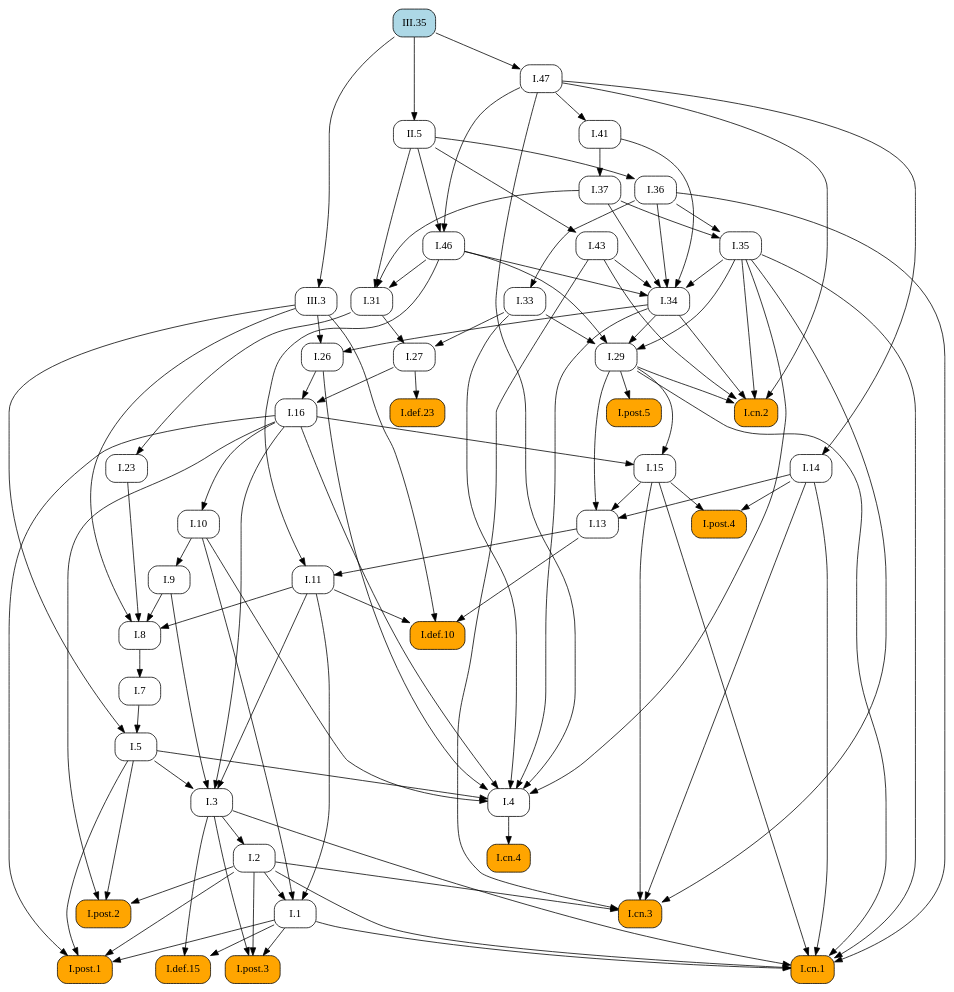
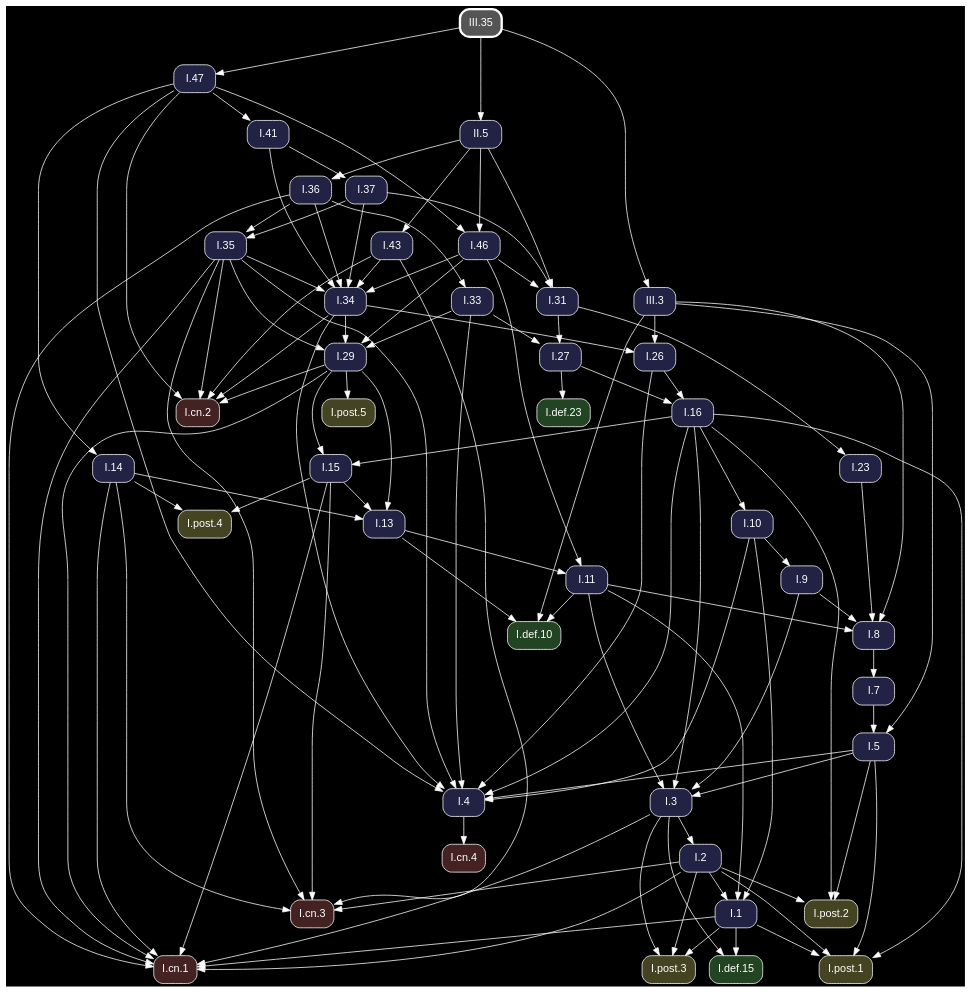
Before and after one commit to geometor/elements: the diagram in docsrc/heath/III/35/index.rst, drawn with Graphviz. The commit also changed other lines of this file and 1200 other files, not shown here.

Commit message:
update dependency graphs

```diff
--- a/docsrc/heath/III/35/index.rst
+++ b/docsrc/heath/III/35/index.rst
@@ -59,87 +59,60 @@
 .. graphviz::
 
    digraph {
+     bgcolor="black";
+     node [shape=box, style="rounded,filled", fontname="Helvetica", color="white", fontcolor="white"];
+     edge [color="white", fontcolor="white"];
      rankdir="TB";
-     node [shape=box, style=rounded];
-     "I.23" [URL="/heath/I/23/", target="_top"];
-     "I.9" [URL="/heath/I/9/", target="_top"];
-     "I.33" [URL="/heath/I/33/", target="_top"];
-     "I.def.15" [style="rounded,filled", fillcolor=orange, URL="/heath/I/def.15/", target="_top"];
-     "I.47" [URL="/heath/I/47/", target="_top"];
-     "I.post.3" [style="rounded,filled", fillcolor=orange, URL="/heath/I/post.3/", target="_top"];
-     "I.post.1" [style="rounded,filled", fillcolor=orange, URL="/heath/I/post.1/", target="_top"];
-     "I.43" [URL="/heath/I/43/", target="_top"];
-     "II.5" [URL="/heath/II/5/", target="_top"];
-     "I.31" [URL="/heath/I/31/", target="_top"];
-     "I.def.10" [style="rounded,filled", fillcolor=orange, URL="/heath/I/def.10/", target="_top"];
-     "I.27" [URL="/heath/I/27/", target="_top"];
-     "I.14" [URL="/heath/I/14/", target="_top"];
-     "I.34" [URL="/heath/I/34/", target="_top"];
-     "I.3" [URL="/heath/I/3/", target="_top"];
-     "I.35" [URL="/heath/I/35/", target="_top"];
-     "I.cn.1" [style="rounded,filled", fillcolor=orange, URL="/heath/I/cn.1/", target="_top"];
-     "III.35" [style="rounded,filled", fillcolor=lightblue, URL="/heath/III/35/", target="_top"];
-     "I.7" [URL="/heath/I/7/", target="_top"];
-     "I.2" [URL="/heath/I/2/", target="_top"];
-     "I.36" [URL="/heath/I/36/", target="_top"];
-     "I.13" [URL="/heath/I/13/", target="_top"];
-     "I.post.4" [style="rounded,filled", fillcolor=orange, URL="/heath/I/post.4/", target="_top"];
-     "I.4" [URL="/heath/I/4/", target="_top"];
-     "I.1" [URL="/heath/I/1/", target="_top"];
-     "I.5" [URL="/heath/I/5/", target="_top"];
-     "I.8" [URL="/heath/I/8/", target="_top"];
-     "I.37" [URL="/heath/I/37/", target="_top"];
-     "III.3" [URL="/heath/III/3/", target="_top"];
-     "I.cn.3" [style="rounded,filled", fillcolor=orange, URL="/heath/I/cn.3/", target="_top"];
-     "I.29" [URL="/heath/I/29/", target="_top"];
-     "I.16" [URL="/heath/I/16/", target="_top"];
-     "I.15" [URL="/heath/I/15/", target="_top"];
-     "I.10" [URL="/heath/I/10/", target="_top"];
-     "I.11" [URL="/heath/I/11/", target="_top"];
-     "I.def.23" [style="rounded,filled", fillcolor=orange, URL="/heath/I/def.23/", target="_top"];
-     "I.cn.2" [style="rounded,filled", fillcolor=orange, URL="/heath/I/cn.2/", target="_top"];
-     "I.post.5" [style="rounded,filled", fillcolor=orange, URL="/heath/I/post.5/", target="_top"];
-     "I.cn.4" [style="rounded,filled", fillcolor=orange, URL="/heath/I/cn.4/", target="_top"];
-     "I.41" [URL="/heath/I/41/", target="_top"];
-     "I.post.2" [style="rounded,filled", fillcolor=orange, URL="/heath/I/post.2/", target="_top"];
-     "I.46" [URL="/heath/I/46/", target="_top"];
-     "I.26" [URL="/heath/I/26/", target="_top"];
-     "I.31" -> "I.23";
-     "I.10" -> "I.9";
-     "I.36" -> "I.33";
-     "I.1" -> "I.def.15";
-     "I.3" -> "I.def.15";
-     "III.35" -> "I.47";
-     "I.1" -> "I.post.3";
-     "I.2" -> "I.post.3";
-     "I.3" -> "I.post.3";
-     "I.1" -> "I.post.1";
-     "I.2" -> "I.post.1";
-     "I.5" -> "I.post.1";
-     "I.16" -> "I.post.1";
-     "II.5" -> "I.43";
-     "III.35" -> "II.5";
+     "I.31" [fillcolor="#222244", URL="/heath/I/31/", target="_top"];
+     "I.3" [fillcolor="#222244", URL="/heath/I/3/", target="_top"];
+     "I.cn.1" [fillcolor="#442222", URL="/heath/I/cn.1/", target="_top"];
+     "I.def.10" [fillcolor="#224422", URL="/heath/I/def.10/", target="_top"];
+     "I.15" [fillcolor="#222244", URL="/heath/I/15/", target="_top"];
+     "I.13" [fillcolor="#222244", URL="/heath/I/13/", target="_top"];
+     "I.27" [fillcolor="#222244", URL="/heath/I/27/", target="_top"];
+     "I.2" [fillcolor="#222244", URL="/heath/I/2/", target="_top"];
+     "I.41" [fillcolor="#222244", URL="/heath/I/41/", target="_top"];
+     "I.cn.2" [fillcolor="#442222", URL="/heath/I/cn.2/", target="_top"];
+     "I.9" [fillcolor="#222244", URL="/heath/I/9/", target="_top"];
+     "I.43" [fillcolor="#222244", URL="/heath/I/43/", target="_top"];
+     "I.1" [fillcolor="#222244", URL="/heath/I/1/", target="_top"];
+     "I.post.5" [fillcolor="#444422", URL="/heath/I/post.5/", target="_top"];
+     "I.post.4" [fillcolor="#444422", URL="/heath/I/post.4/", target="_top"];
+     "I.23" [fillcolor="#222244", URL="/heath/I/23/", target="_top"];
+     "I.26" [fillcolor="#222244", URL="/heath/I/26/", target="_top"];
+     "I.8" [fillcolor="#222244", URL="/heath/I/8/", target="_top"];
+     "I.4" [fillcolor="#222244", URL="/heath/I/4/", target="_top"];
+     "I.7" [fillcolor="#222244", URL="/heath/I/7/", target="_top"];
+     "I.5" [fillcolor="#222244", URL="/heath/I/5/", target="_top"];
+     "I.10" [fillcolor="#222244", URL="/heath/I/10/", target="_top"];
+     "III.35" [penwidth=3, color="white", fillcolor="#555555", URL="/heath/III/35/", target="_top"];
+     "I.46" [fillcolor="#222244", URL="/heath/I/46/", target="_top"];
+     "I.post.1" [fillcolor="#444422", URL="/heath/I/post.1/", target="_top"];
+     "I.11" [fillcolor="#222244", URL="/heath/I/11/", target="_top"];
+     "I.37" [fillcolor="#222244", URL="/heath/I/37/", target="_top"];
+     "I.16" [fillcolor="#222244", URL="/heath/I/16/", target="_top"];
+     "I.cn.3" [fillcolor="#442222", URL="/heath/I/cn.3/", target="_top"];
+     "I.36" [fillcolor="#222244", URL="/heath/I/36/", target="_top"];
+     "I.29" [fillcolor="#222244", URL="/heath/I/29/", target="_top"];
+     "I.post.2" [fillcolor="#444422", URL="/heath/I/post.2/", target="_top"];
+     "I.cn.4" [fillcolor="#442222", URL="/heath/I/cn.4/", target="_top"];
+     "I.47" [fillcolor="#222244", URL="/heath/I/47/", target="_top"];
+     "I.14" [fillcolor="#222244", URL="/heath/I/14/", target="_top"];
+     "I.35" [fillcolor="#222244", URL="/heath/I/35/", target="_top"];
+     "I.def.23" [fillcolor="#224422", URL="/heath/I/def.23/", target="_top"];
+     "III.3" [fillcolor="#222244", URL="/heath/III/3/", target="_top"];
+     "I.post.3" [fillcolor="#444422", URL="/heath/I/post.3/", target="_top"];
+     "I.33" [fillcolor="#222244", URL="/heath/I/33/", target="_top"];
+     "I.34" [fillcolor="#222244", URL="/heath/I/34/", target="_top"];
+     "II.5" [fillcolor="#222244", URL="/heath/II/5/", target="_top"];
+     "I.def.15" [fillcolor="#224422", URL="/heath/I/def.15/", target="_top"];
      "I.37" -> "I.31";
      "I.46" -> "I.31";
      "II.5" -> "I.31";
-     "I.11" -> "I.def.10";
-     "I.13" -> "I.def.10";
-     "III.3" -> "I.def.10";
-     "I.31" -> "I.27";
-     "I.33" -> "I.27";
-     "I.47" -> "I.14";
-     "I.35" -> "I.34";
-     "I.36" -> "I.34";
-     "I.37" -> "I.34";
-     "I.41" -> "I.34";
-     "I.43" -> "I.34";
-     "I.46" -> "I.34";
      "I.5" -> "I.3";
      "I.9" -> "I.3";
      "I.11" -> "I.3";
      "I.16" -> "I.3";
-     "I.36" -> "I.35";
-     "I.37" -> "I.35";
      "I.1" -> "I.cn.1";
      "I.2" -> "I.cn.1";
      "I.3" -> "I.cn.1";
@@ -148,14 +121,38 @@
      "I.29" -> "I.cn.1";
      "I.35" -> "I.cn.1";
      "I.36" -> "I.cn.1";
-     "I.8" -> "I.7";
-     "I.3" -> "I.2";
-     "II.5" -> "I.36";
+     "I.11" -> "I.def.10";
+     "I.13" -> "I.def.10";
+     "III.3" -> "I.def.10";
+     "I.16" -> "I.15";
+     "I.29" -> "I.15";
      "I.14" -> "I.13";
      "I.15" -> "I.13";
      "I.29" -> "I.13";
+     "I.31" -> "I.27";
+     "I.33" -> "I.27";
+     "I.3" -> "I.2";
+     "I.47" -> "I.41";
+     "I.29" -> "I.cn.2";
+     "I.34" -> "I.cn.2";
+     "I.35" -> "I.cn.2";
+     "I.43" -> "I.cn.2";
+     "I.47" -> "I.cn.2";
+     "I.10" -> "I.9";
+     "II.5" -> "I.43";
+     "I.2" -> "I.1";
+     "I.10" -> "I.1";
+     "I.11" -> "I.1";
+     "I.29" -> "I.post.5";
      "I.14" -> "I.post.4";
      "I.15" -> "I.post.4";
+     "I.31" -> "I.23";
+     "I.34" -> "I.26";
+     "III.3" -> "I.26";
+     "I.9" -> "I.8";
+     "I.11" -> "I.8";
+     "I.23" -> "I.8";
+     "III.3" -> "I.8";
      "I.5" -> "I.4";
      "I.10" -> "I.4";
      "I.16" -> "I.4";
@@ -164,47 +161,52 @@
      "I.34" -> "I.4";
      "I.35" -> "I.4";
      "I.47" -> "I.4";
-     "I.2" -> "I.1";
-     "I.10" -> "I.1";
-     "I.11" -> "I.1";
+     "I.8" -> "I.7";
      "I.7" -> "I.5";
      "III.3" -> "I.5";
-     "I.9" -> "I.8";
-     "I.11" -> "I.8";
-     "I.23" -> "I.8";
-     "III.3" -> "I.8";
+     "I.16" -> "I.10";
+     "I.47" -> "I.46";
+     "II.5" -> "I.46";
+     "I.1" -> "I.post.1";
+     "I.2" -> "I.post.1";
+     "I.5" -> "I.post.1";
+     "I.16" -> "I.post.1";
+     "I.13" -> "I.11";
+     "I.46" -> "I.11";
      "I.41" -> "I.37";
-     "III.35" -> "III.3";
+     "I.26" -> "I.16";
+     "I.27" -> "I.16";
      "I.2" -> "I.cn.3";
      "I.14" -> "I.cn.3";
      "I.15" -> "I.cn.3";
      "I.35" -> "I.cn.3";
      "I.43" -> "I.cn.3";
+     "II.5" -> "I.36";
      "I.33" -> "I.29";
      "I.34" -> "I.29";
      "I.35" -> "I.29";
      "I.46" -> "I.29";
-     "I.26" -> "I.16";
-     "I.27" -> "I.16";
-     "I.16" -> "I.15";
-     "I.29" -> "I.15";
-     "I.16" -> "I.10";
-     "I.13" -> "I.11";
-     "I.46" -> "I.11";
-     "I.27" -> "I.def.23";
-     "I.29" -> "I.cn.2";
-     "I.34" -> "I.cn.2";
-     "I.35" -> "I.cn.2";
-     "I.43" -> "I.cn.2";
-     "I.47" -> "I.cn.2";
-     "I.29" -> "I.post.5";
-     "I.4" -> "I.cn.4";
-     "I.47" -> "I.41";
      "I.2" -> "I.post.2";
      "I.5" -> "I.post.2";
      "I.16" -> "I.post.2";
-     "I.47" -> "I.46";
-     "II.5" -> "I.46";
-     "I.34" -> "I.26";
-     "III.3" -> "I.26";
+     "I.4" -> "I.cn.4";
+     "III.35" -> "I.47";
+     "I.47" -> "I.14";
+     "I.36" -> "I.35";
+     "I.37" -> "I.35";
+     "I.27" -> "I.def.23";
+     "III.35" -> "III.3";
+     "I.1" -> "I.post.3";
+     "I.2" -> "I.post.3";
+     "I.3" -> "I.post.3";
+     "I.36" -> "I.33";
+     "I.35" -> "I.34";
+     "I.36" -> "I.34";
+     "I.37" -> "I.34";
+     "I.41" -> "I.34";
+     "I.43" -> "I.34";
+     "I.46" -> "I.34";
+     "III.35" -> "II.5";
+     "I.1" -> "I.def.15";
+     "I.3" -> "I.def.15";
    }
```
